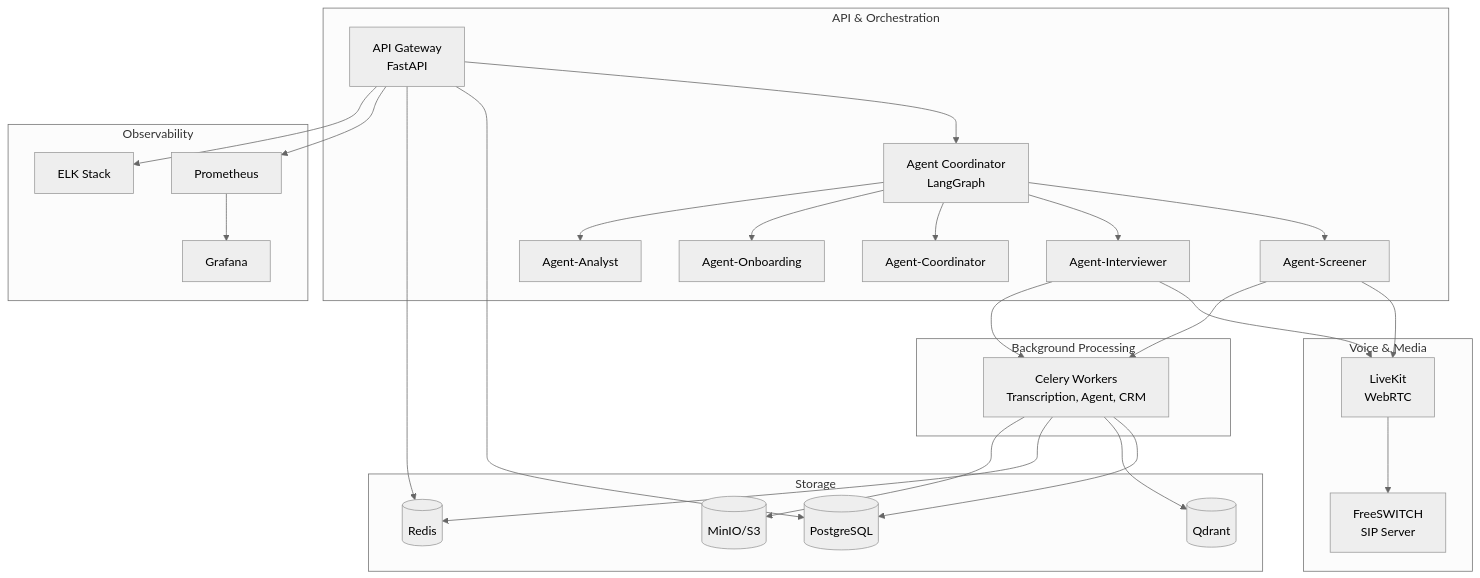
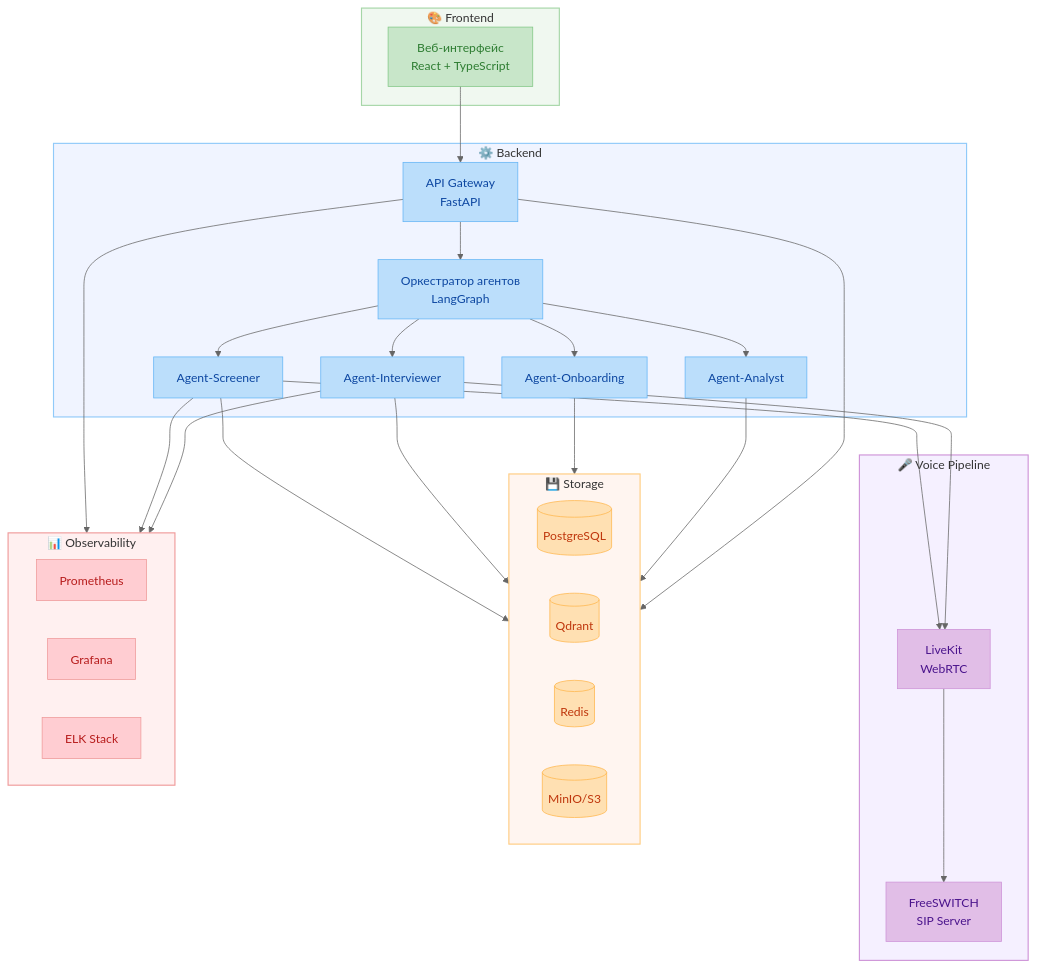
One commit to cc-automation-projects/multi-agent-mass-recruitment-hub changed the first of 5 diagrams in docs/ARCHITECTURE_AND_DATA_MODEL.md. Above: the diagram before and after it, drawn with Mermaid (neutral theme). The commit also changed other lines of this file, not shown here.

Commit message:
MAMRHR-docs обновление документации

````diff
--- a/docs/ARCHITECTURE_AND_DATA_MODEL.md
+++ b/docs/ARCHITECTURE_AND_DATA_MODEL.md
@@ -37,55 +37,74 @@
 ```mermaid
 flowchart TB
-    subgraph "API & Orchestration"
-        API[API Gateway<br/>FastAPI]
-        ORC[Agent Coordinator<br/>LangGraph]
-        SCR[Agent-Screener]
-        INT[Agent-Interviewer]
-        COORD[Agent-Coordinator]
-        ONB[Agent-Onboarding]
-        ANL[Agent-Analyst]
+    subgraph Frontend["🎨 Frontend"]
+        UI["Веб-интерфейс<br/>React + TypeScript"]
     end
 
-    subgraph "Voice & Media"
-        FS[FreeSWITCH<br/>SIP Server]
-        LK[LiveKit<br/>WebRTC]
+    subgraph Backend["⚙️ Backend"]
+        API["API Gateway<br/>FastAPI"]
+        ORC["Оркестратор агентов<br/>LangGraph"]
+        SCR["Agent-Screener"]
+        INT["Agent-Interviewer"]
+        ONB["Agent-Onboarding"]
+        ANL["Agent-Analyst"]
     end
 
-    subgraph "Background Processing"
-        CEL[Celery Workers<br/>Transcription, Agent, CRM]
+    subgraph Voice["🎤 Voice Pipeline"]
+        FS["FreeSWITCH<br/>SIP Server"]
+        LK["LiveKit<br/>WebRTC"]
     end
 
-    subgraph "Storage"
-        PG[(PostgreSQL)]
-        QD[(Qdrant)]
-        RD[(Redis)]
-        S3[(MinIO/S3)]
+    subgraph Storage["💾 Storage"]
+        PG[("PostgreSQL")]
+        QD[("Qdrant")]
+        RD[("Redis")]
+        S3[("MinIO/S3")]
     end
 
-    subgraph "Observability"
-        PRO[Prometheus]
-        GRA[Grafana]
-        ELK[ELK Stack]
+    subgraph Observability["📊 Observability"]
+        PRO["Prometheus"]
+        GRA["Grafana"]
+        ELK["ELK Stack"]
     end
 
+    UI --> API
     API --> ORC
-    ORC --> SCR
-    ORC --> INT
-    ORC --> COORD
+    ORC --> SCR --> LK --> FS
+    ORC --> INT --> LK
     ORC --> ONB
     ORC --> ANL
-    SCR --> LK
-    INT --> LK
-    LK --> FS
-    SCR --> CEL
-    INT --> CEL
-    CEL --> PG
-    CEL --> QD
-    CEL --> RD
-    CEL --> S3
-    API --> PG
-    API --> RD
-    API --> PRO
-    API --> ELK
-    PRO --> GRA
+
+    SCR --> Storage
+    INT --> Storage
+    ONB --> Storage
+    ANL --> Storage
+    API --> Storage
+
+    API --> Observability
+    SCR --> Observability
+    INT --> Observability
+
+    %% Пастельная цветовая схема
+    style Frontend fill:#f0f8f0,stroke:#a5d6a7,stroke-width:1.5px
+    style Backend fill:#f0f4ff,stroke:#90caf9,stroke-width:1.5px
+    style Voice fill:#f5f0ff,stroke:#ce93d8,stroke-width:1.5px
+    style Storage fill:#fff5f0,stroke:#ffcc80,stroke-width:1.5px
+    style Observability fill:#fff0f0,stroke:#ef9a9a,stroke-width:1.5px
+
+    style UI fill:#c8e6c9,stroke:#81c784,color:#2e7d32
+    style API fill:#bbdefb,stroke:#64b5f6,color:#0d47a1
+    style ORC fill:#bbdefb,stroke:#64b5f6,color:#0d47a1
+    style SCR fill:#bbdefb,stroke:#64b5f6,color:#0d47a1
+    style INT fill:#bbdefb,stroke:#64b5f6,color:#0d47a1
+    style ONB fill:#bbdefb,stroke:#64b5f6,color:#0d47a1
+    style ANL fill:#bbdefb,stroke:#64b5f6,color:#0d47a1
+    style FS fill:#e1bee7,stroke:#ce93d8,color:#4a148c
+    style LK fill:#e1bee7,stroke:#ce93d8,color:#4a148c
+    style PG fill:#ffe0b2,stroke:#ffb74d,color:#bf360c
+    style QD fill:#ffe0b2,stroke:#ffb74d,color:#bf360c
+    style RD fill:#ffe0b2,stroke:#ffb74d,color:#bf360c
+    style S3 fill:#ffe0b2,stroke:#ffb74d,color:#bf360c
+    style PRO fill:#ffcdd2,stroke:#ef9a9a,color:#b71c1c
+    style GRA fill:#ffcdd2,stroke:#ef9a9a,color:#b71c1c
+    style ELK fill:#ffcdd2,stroke:#ef9a9a,color:#b71c1c
 ```
````
